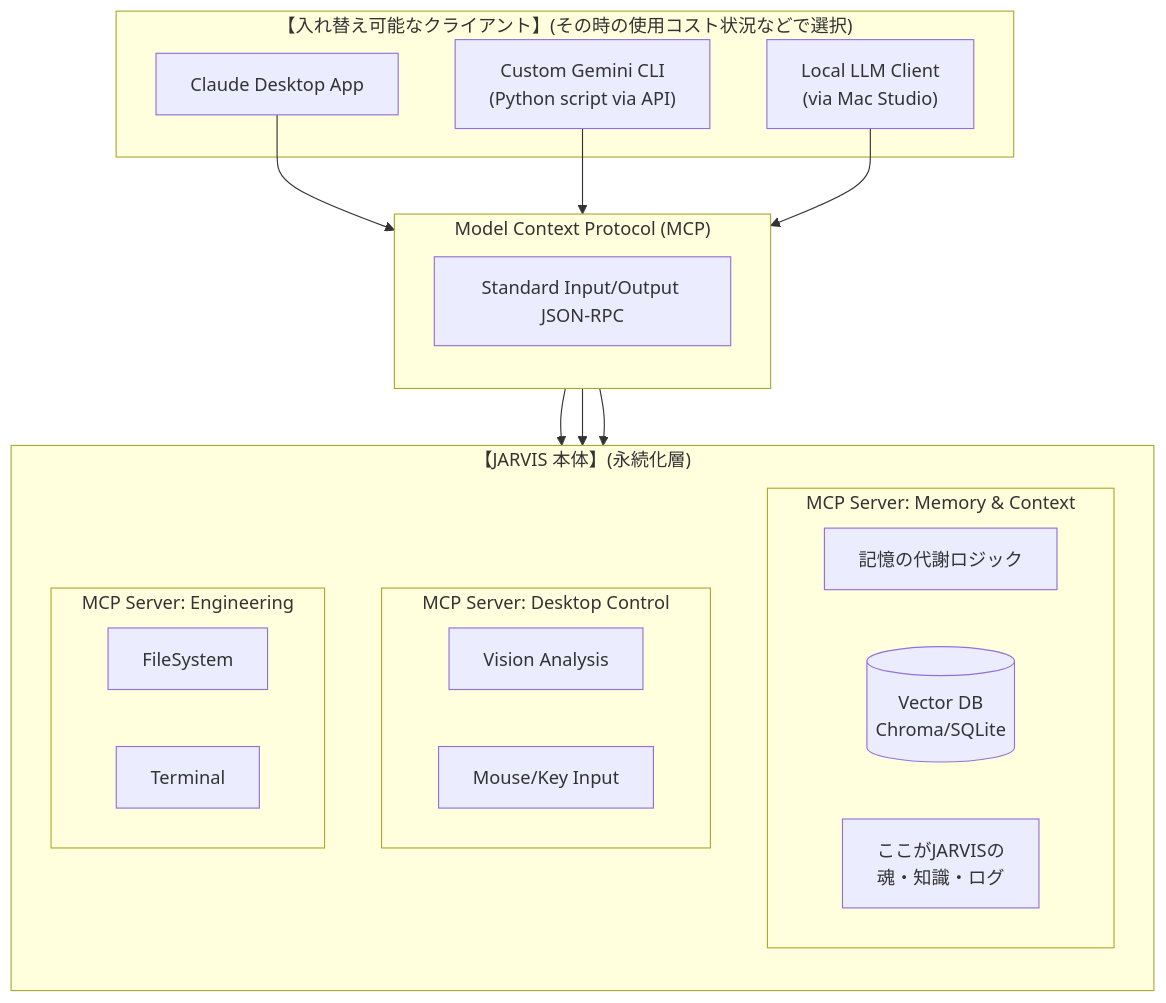
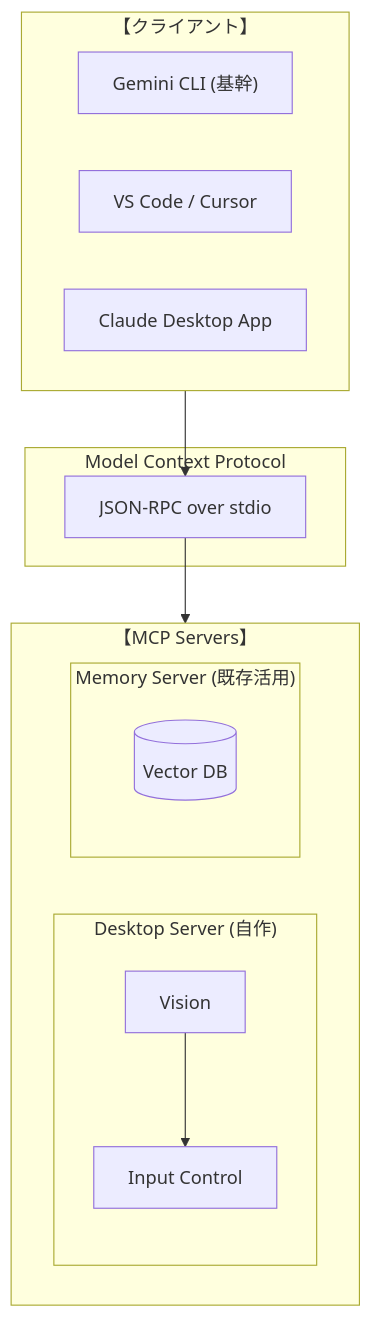
One commit to tomoharu-hayashi/jarvis changed the diagram in README.md. Above: the diagram before and after it, drawn with Mermaid. The commit also changed other lines of this file and 4 other files, not shown here.

Commit message:
feat: gemini  cli docs and mcp settigs

````diff
--- a/README.md
+++ b/README.md
@@ -16,41 +22,23 @@
 ```mermaid
 graph TD
-    subgraph Interchangeable_Clients ["【入れ替え可能なクライアント】(その時の使用コスト状況などで選択)"]
-        ClientA["Claude Desktop App"]
-        ClientB["Custom Gemini CLI<br/>(Python script via API)"]
-        ClientC["Local LLM Client<br/>(via Mac Studio)"]
+    subgraph Clients ["【クライアント】"]
+        ClientA["Gemini CLI (基幹)"]
+        ClientB["VS Code / Cursor"]
+        ClientC["Claude Desktop App"]
     end
 
-    subgraph The_Protocol ["Model Context Protocol (MCP)"]
-        direction TB
-        Pipe[Standard Input/Output JSON-RPC]
+    subgraph MCP ["Model Context Protocol"]
+        Pipe[JSON-RPC over stdio]
     end
 
-    subgraph JARVIS_Entity ["【JARVIS 本体】(永続化層)"]
-        direction TB
-        
-        subgraph Memory_Server ["MCP Server: Memory & Context"]
-            Logic[記憶の代謝ロジック]
-            VectorDB[("Vector DB<br/>Chroma/SQLite")]
-            Note["ここがJARVISの<br/>魂・知識・ログ"]
+    subgraph Servers ["【MCP Servers】"]
+        subgraph Desktop ["Desktop Server (自作)"]
+            Vision[Vision] --> Input[Input Control]
         end
-
-        subgraph Desktop_Server ["MCP Server: Desktop Control"]
-            Vision[Vision Analysis]
-            Input[Mouse/Key Input]
-        end
-        
-        subgraph Engineering_Server ["MCP Server: Engineering"]
-            FileSys[FileSystem]
-            Shell[Terminal]
+        subgraph Memory ["Memory Server (既存活用)"]
+            VectorDB[("Vector DB")]
         end
     end
 
-    ClientA --> Pipe
-    ClientB --> Pipe
-    ClientC --> Pipe
-
-    Pipe --> Memory_Server
-    Pipe --> Desktop_Server
-    Pipe --> Engineering_Server
+    Clients --> Pipe --> Servers
 ```
````
